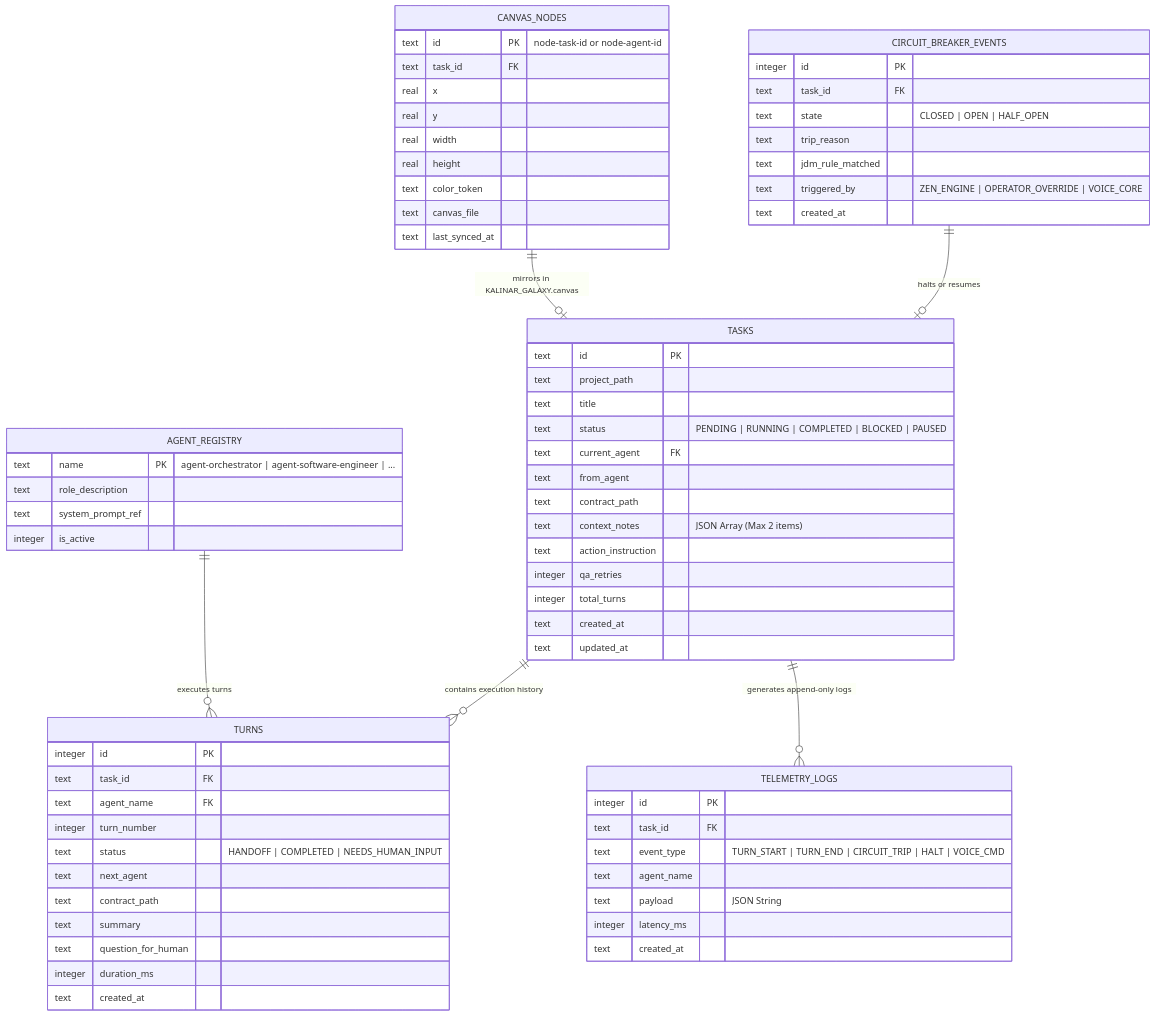
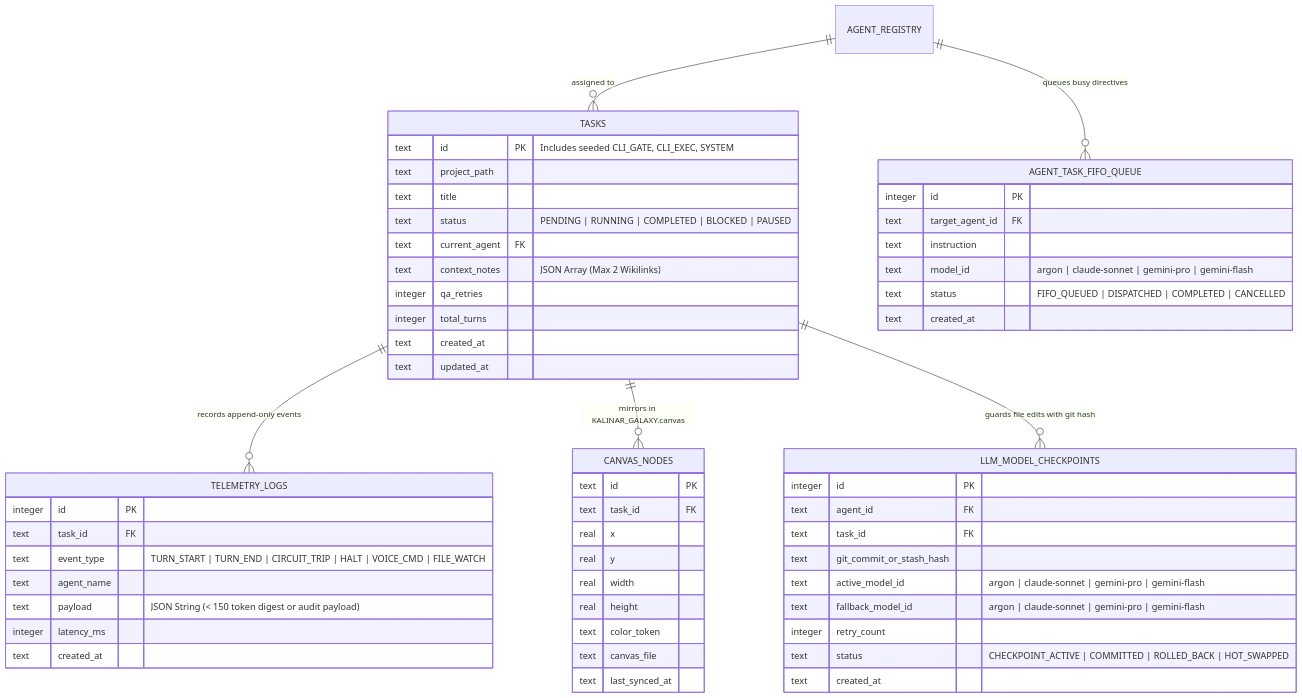
The diagram in .antigravity/blueprint/05_BACKEND_SCHEMA.md (code-thiago/kalinar-agent-galaxy-os), drawn with Mermaid before and after one commit. The commit also changed other lines of this file and 28 other files, not shown here.

Commit message:
feat(singularity): implement 7 voice laws, fifo agent queue, and argon/claude/gemini model router [v1.1.0]

````diff
--- a/.antigravity/blueprint/05_BACKEND_SCHEMA.md
+++ b/.antigravity/blueprint/05_BACKEND_SCHEMA.md
@@ -27,77 +28,64 @@
 ```mermaid
 erDiagram
-    TASKS ||--o{ TURNS : "contains execution history"
-    TASKS ||--o{ TELEMETRY_LOGS : "generates append-only logs"
-    AGENT_REGISTRY ||--o{ TURNS : "executes turns"
-    CIRCUIT_BREAKER_EVENTS ||--o| TASKS : "halts or resumes"
-    CANVAS_NODES ||--o| TASKS : "mirrors in KALINAR_GALAXY.canvas"
+    AGENT_REGISTRY ||--o{ TASKS : "assigned to"
+    TASKS ||--o{ TELEMETRY_LOGS : "records append-only events"
+    TASKS ||--o{ CANVAS_NODES : "mirrors in KALINAR_GALAXY.canvas"
+    AGENT_REGISTRY ||--o{ AGENT_TASK_FIFO_QUEUE : "queues busy directives"
+    TASKS ||--o{ LLM_MODEL_CHECKPOINTS : "guards file edits with git hash"
 
     TASKS {
-        text id PK
+        text id PK "Includes seeded CLI_GATE, CLI_EXEC, SYSTEM"
         text project_path
         text title
         text status "PENDING | RUNNING | COMPLETED | BLOCKED | PAUSED"
         text current_agent FK
-        text from_agent
-        text contract_path
-        text context_notes "JSON Array (Max 2 items)"
-        text action_instruction
+        text context_notes "JSON Array (Max 2 Wikilinks)"
         integer qa_retries
         integer total_turns
         text created_at
         text updated_at
     }
 
-    TURNS {
-        integer id PK
-        text task_id FK
-        text agent_name FK
-        integer turn_number
-        text status "HANDOFF | COMPLETED | NEEDS_HUMAN_INPUT"
-        text next_agent
-        text contract_path
-        text summary
-        text question_for_human
-        integer duration_ms
-        text created_at
-    }
-
     TELEMETRY_LOGS {
         integer id PK
         text task_id FK
-        text event_type "TURN_START | TURN_END | CIRCUIT_TRIP | HALT | VOICE_CMD"
+        text event_type "TURN_START | TURN_END | CIRCUIT_TRIP | HALT | VOICE_CMD | FILE_WATCH"
         text agent_name
-        text payload "JSON String"
+        text payload "JSON String (< 150 token digest or audit payload)"
         integer latency_ms
         text created_at
     }
 
-    CIRCUIT_BREAKER_EVENTS {
-        integer id PK
-        text task_id FK
-        text state "CLOSED | OPEN | HALF_OPEN"
-        text trip_reason
-        text jdm_rule_matched
-        text triggered_by "ZEN_ENGINE | OPERATOR_OVERRIDE | VOICE_CORE"
-        text created_at
-    }
-
     CANVAS_NODES {
-        text id PK "node-task-id or node-agent-id"
+        text id PK
         text task_id FK
         real x
         real y
         real width
         real height
         text color_token
         text canvas_file
         text last_synced_at
     }
 
-    AGENT_REGISTRY {
-        text name PK "agent-orchestrator | agent-software-engineer | ..."
-        text role_description
-        text system_prompt_ref
-        integer is_active
+    AGENT_TASK_FIFO_QUEUE {
+        integer id PK
+        text target_agent_id FK
+        text instruction
+        text model_id "argon | claude-sonnet | gemini-pro | gemini-flash"
+        text status "FIFO_QUEUED | DISPATCHED | COMPLETED | CANCELLED"
+        text created_at
+    }
+
+    LLM_MODEL_CHECKPOINTS {
+        integer id PK
+        text agent_id FK
+        text task_id FK
+        text git_commit_or_stash_hash
+        text active_model_id "argon | claude-sonnet | gemini-pro | gemini-flash"
+        text fallback_model_id "argon | claude-sonnet | gemini-pro | gemini-flash"
+        integer retry_count
+        text status "CHECKPOINT_ACTIVE | COMMITTED | ROLLED_BACK | HOT_SWAPPED"
+        text created_at
     }
 ```
````
